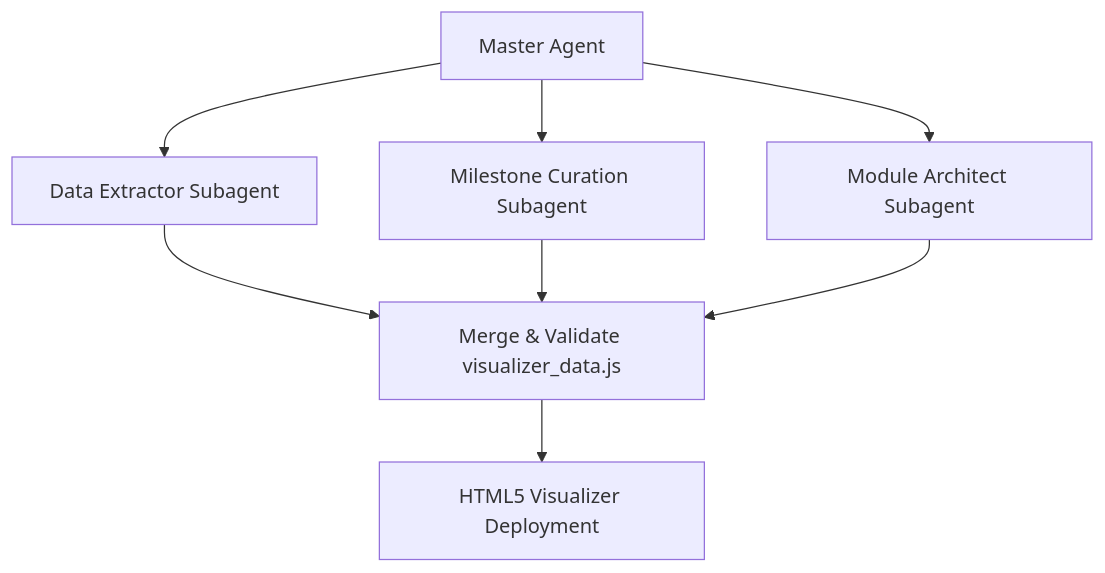
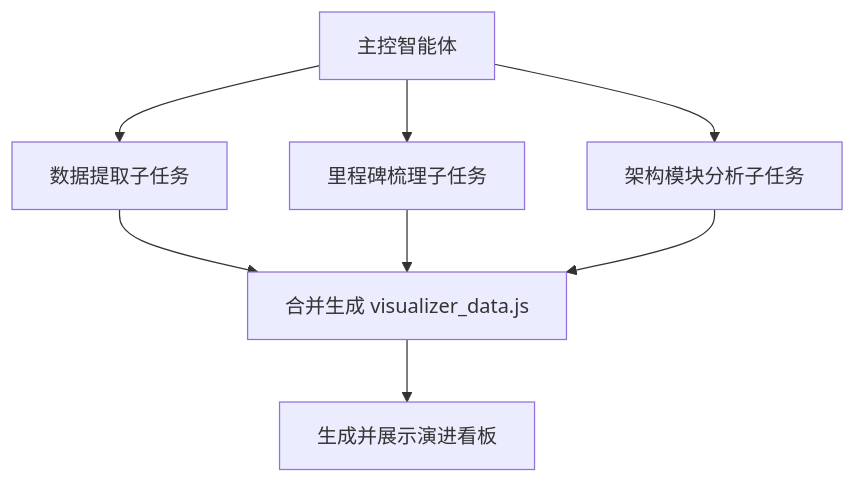
The diagram in README.md (SXP-Simon/repo-evolution-visualization-skill), drawn with Mermaid before and after one commit. The commit also changed other lines of this file, not shown here.

````diff
--- a/README.md
+++ b/README.md
@@ -151,10 +142,10 @@
 ```mermaid
 graph TD
-    A[Master Agent] --> B[Data Extractor Subagent]
-    A --> C[Milestone Curation Subagent]
-    A --> D[Module Architect Subagent]
-    B --> E[Merge & Validate visualizer_data.js]
+    A[主控智能体] --> B[数据提取子任务]
+    A --> C[里程碑梳理子任务]
+    A --> D[架构模块分析子任务]
+    B --> E[合并生成 visualizer_data.js]
     C --> E
     D --> E
-    E --> F[HTML5 Visualizer Deployment]
+    E --> F[生成并展示演进看板]
 ```
````
